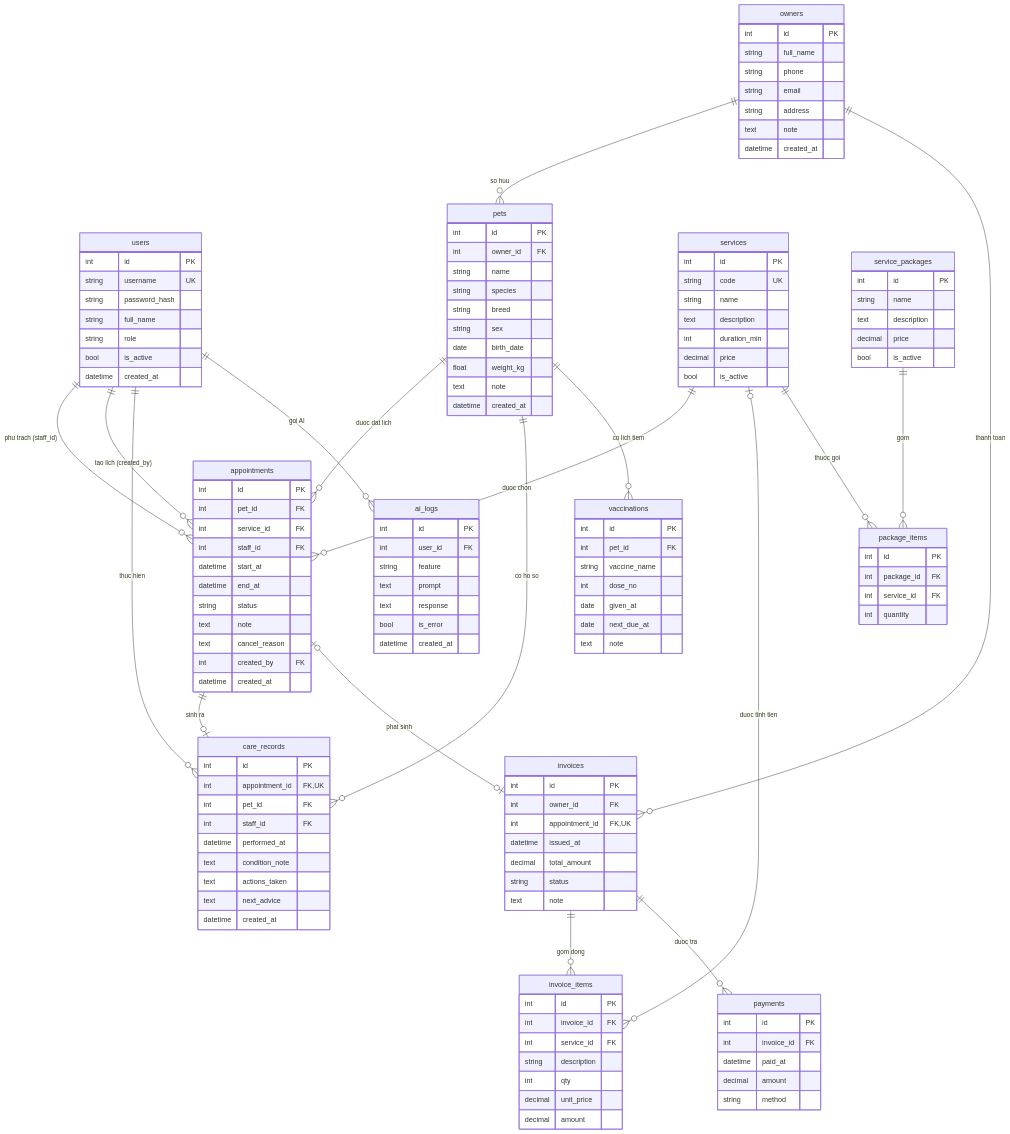
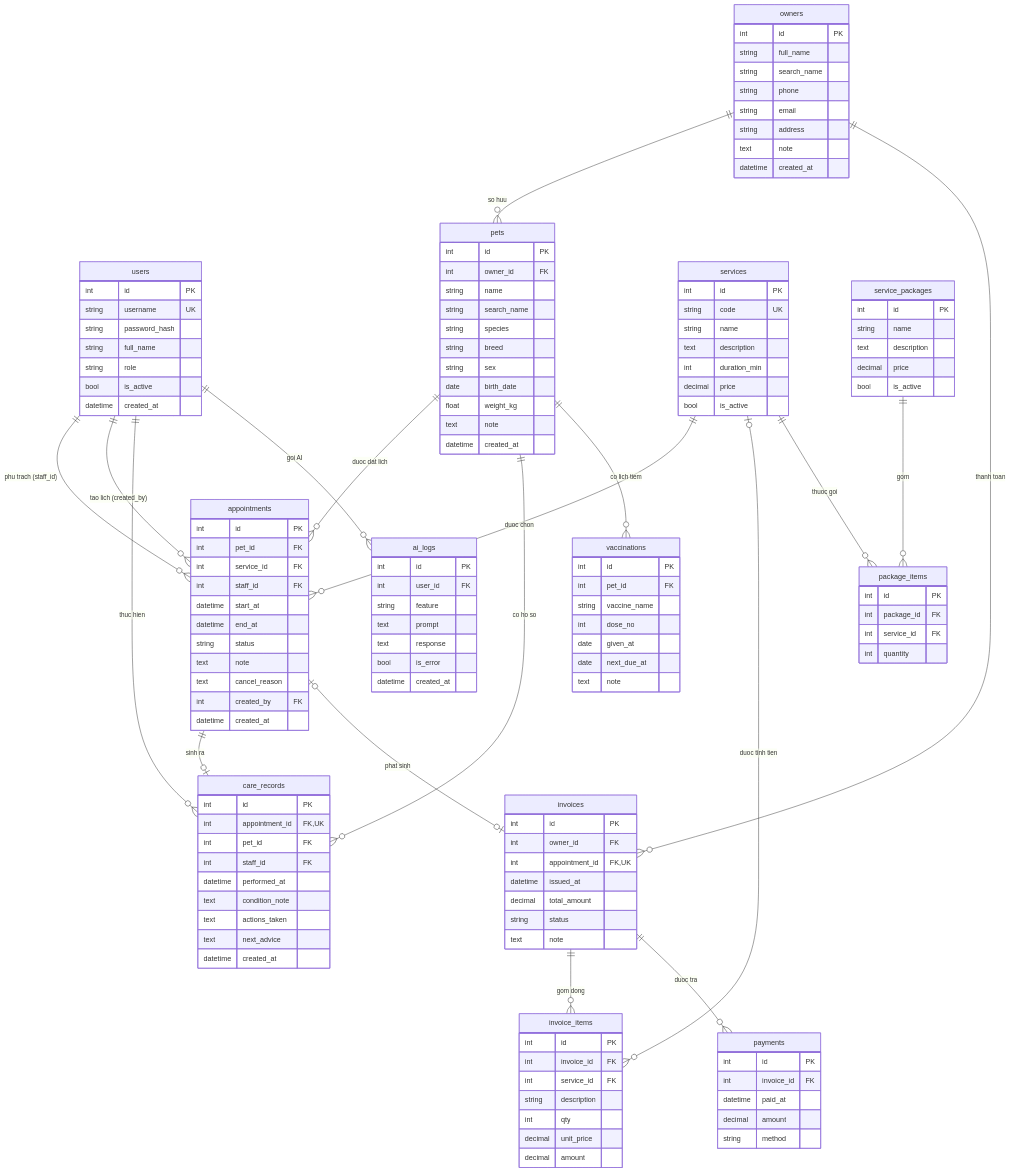
The diagram in docs/erd.md (dtc245010034-rgb/Veterinary-management-system), drawn with Mermaid before and after one commit. The commit also changed other lines of this file and 27 other files, not shown here.

```diff
--- a/docs/erd.md
+++ b/docs/erd.md
@@ -48,6 +48,7 @@
     owners {
         int id PK
         string full_name
+        string search_name
         string phone
         string email
         string address
@@ -58,6 +59,7 @@
         int id PK
         int owner_id FK
         string name
+        string search_name
         string species
         string breed
         string sex
```
